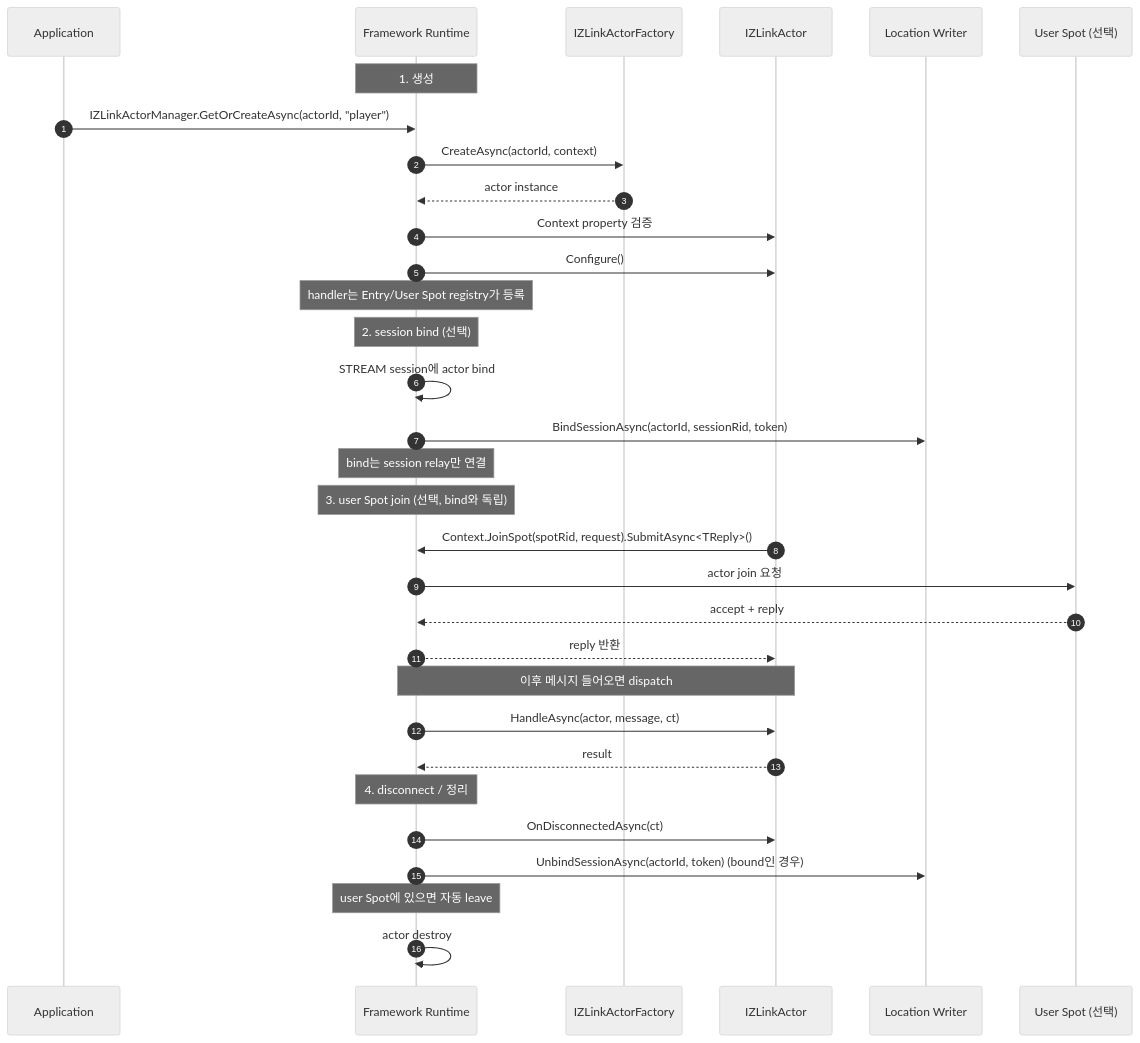
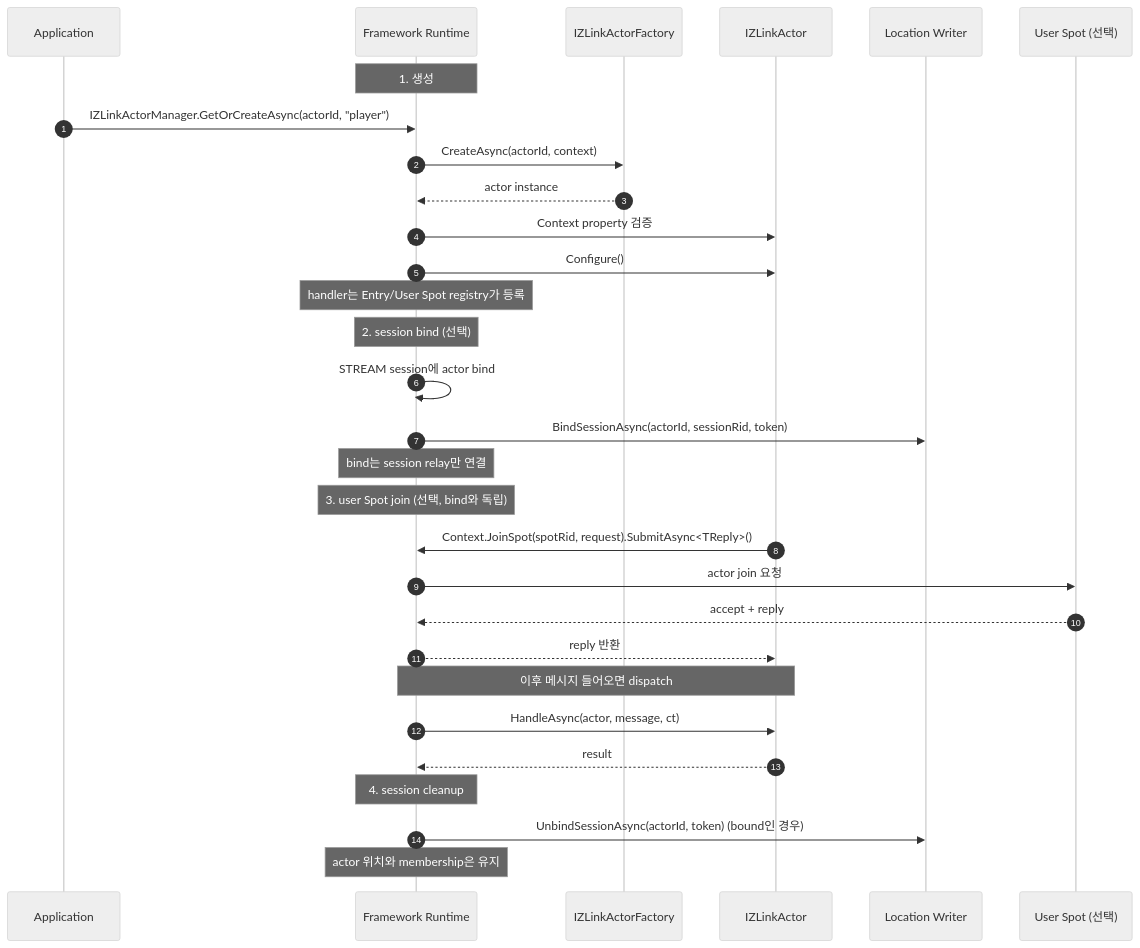
The first of 3 diagrams in framework/languages/dotnet/doc/spec/aspnet-core-actor.ko.md (kairos-code-dev/zlink), drawn with Mermaid (neutral theme) before and after one commit. The commit also changed other lines of this file and 60 other files, not shown here.

````diff
--- a/framework/languages/dotnet/doc/spec/aspnet-core-actor.ko.md
+++ b/framework/languages/dotnet/doc/spec/aspnet-core-actor.ko.md
@@ -254,39 +254,37 @@
 ```mermaid
 sequenceDiagram
     autonumber
     participant App as Application
     participant FW as Framework Runtime
     participant Fact as IZLinkActorFactory
     participant Act as IZLinkActor
     participant Loc as Location Writer
     participant Spot as User Spot (선택)
 
     Note over FW: 1. 생성
     App->>FW: IZLinkActorManager.GetOrCreateAsync(actorId, "player")
     FW->>Fact: CreateAsync(actorId, context)
     Fact-->>FW: actor instance
     FW->>Act: Context property 검증
     FW->>Act: Configure()
     Note over FW: handler는 Entry/User Spot registry가 등록
 
     Note over FW: 2. session bind (선택)
     FW->>FW: STREAM session에 actor bind
     FW->>Loc: BindSessionAsync(actorId, sessionRid, token)
     Note over FW: bind는 session relay만 연결
 
     Note over FW: 3. user Spot join (선택, bind와 독립)
     Act->>FW: Context.JoinSpot(spotRid, request).SubmitAsync<TReply>()
     FW->>Spot: actor join 요청
     Spot-->>FW: accept + reply
     FW-->>Act: reply 반환
 
     Note over FW,Act: 이후 메시지 들어오면 dispatch
     FW->>Act: HandleAsync(actor, message, ct)
     Act-->>FW: result
 
-    Note over FW: 4. disconnect / 정리
-    FW->>Act: OnDisconnectedAsync(ct)
+    Note over FW: 4. session cleanup
     FW->>Loc: UnbindSessionAsync(actorId, token) (bound인 경우)
-    Note over FW: user Spot에 있으면 자동 leave
-    FW->>FW: actor destroy
+    Note over FW: actor 위치와 membership은 유지
 ```
````
